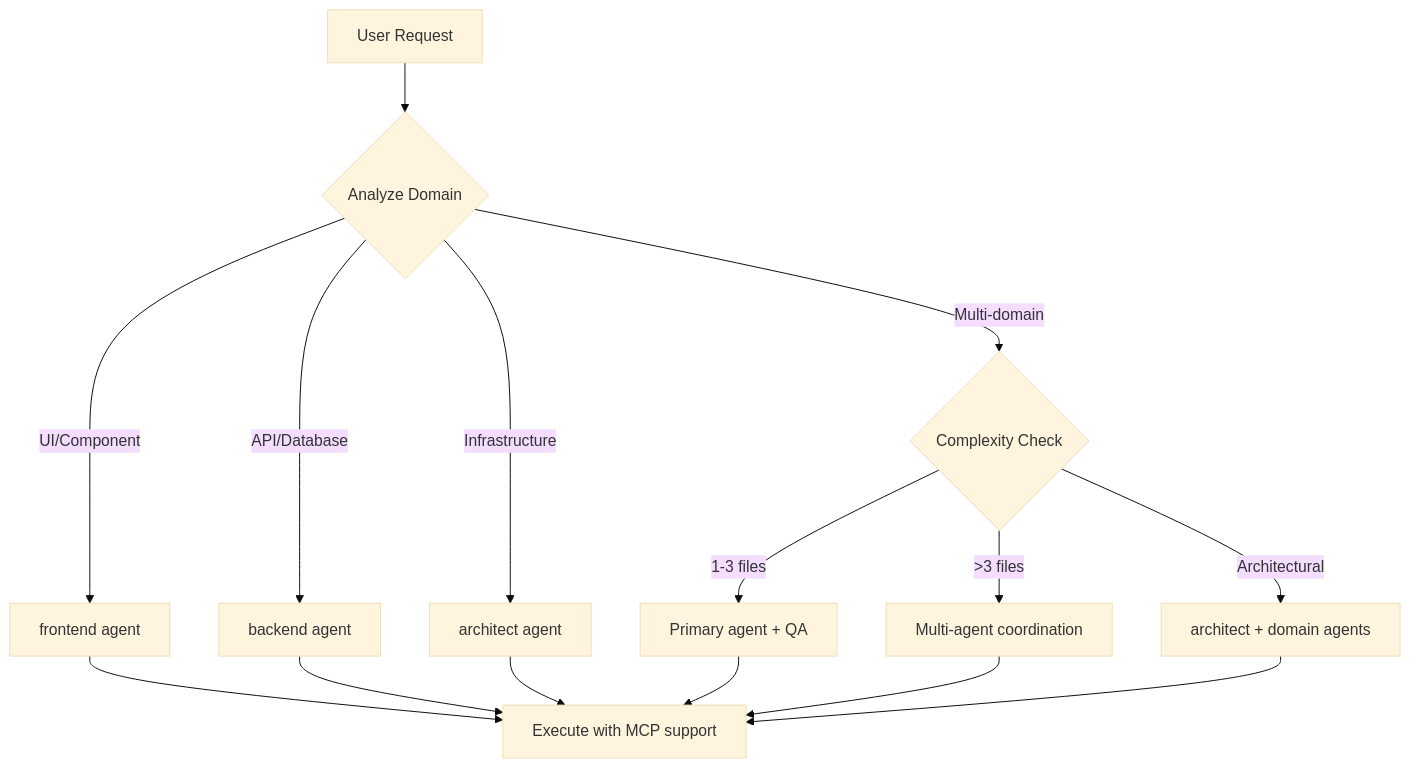
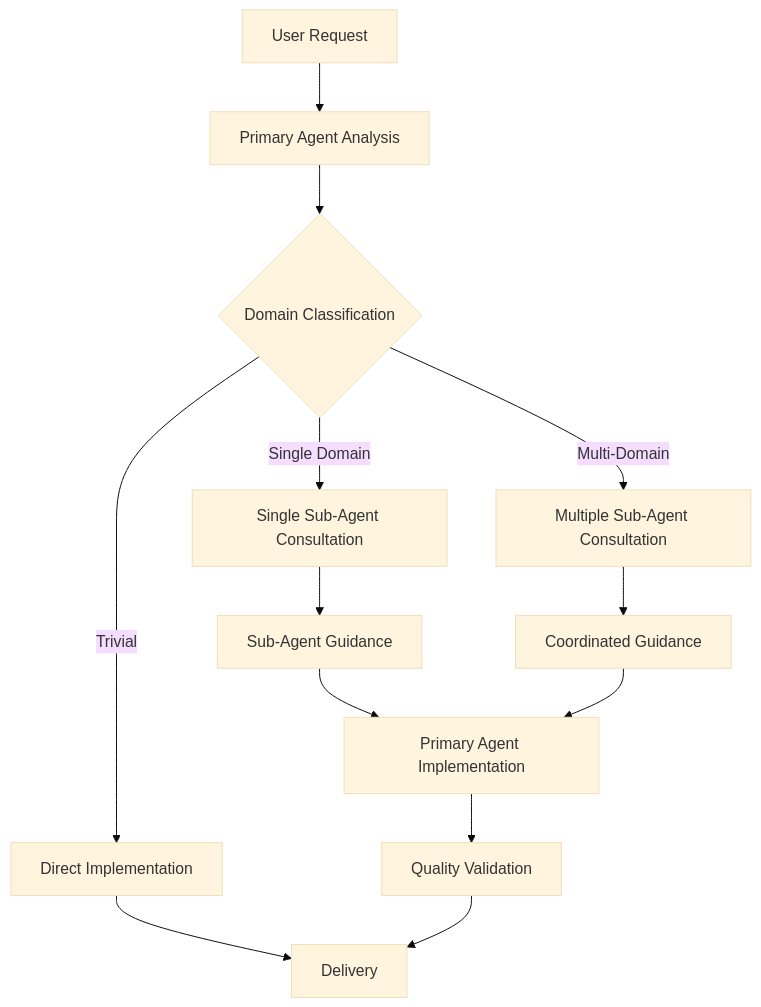
One commit to MerlinFloyd/horizon-sdlc-v2 changed the second of 4 diagrams in docker/opencode/config/AGENTS.md. Above: the diagram before and after it, drawn with Mermaid (base theme). The commit also changed other lines of this file and 32 other files, not shown here.

````diff
--- a/docker/opencode/config/AGENTS.md
+++ b/docker/opencode/config/AGENTS.md
@@ -63,19 +73,17 @@
 ```mermaid
 graph TD
-    A[User Request] --> B{Analyze Domain}
-    B -->|UI/Component| C[frontend agent]
-    B -->|API/Database| D[backend agent]
-    B -->|Infrastructure| E[architect agent]
-    B -->|Multi-domain| F{Complexity Check}
+    A[User Request] --> B[Primary Agent Analysis]
+    B --> C{Domain Classification}
+    C -->|Single Domain| D[Single Sub-Agent Consultation]
+    C -->|Multi-Domain| E[Multiple Sub-Agent Consultation]
+    C -->|Trivial| F[Direct Implementation]
 
-    F -->|1-3 files| G[Primary agent + QA]
-    F -->|>3 files| H[Multi-agent coordination]
-    F -->|Architectural| I[architect + domain agents]
+    D --> G[Sub-Agent Guidance]
+    E --> H[Coordinated Guidance]
 
-    C --> J[Execute with MCP support]
-    D --> J
-    E --> J
-    G --> J
-    H --> J
-    I --> J
+    G --> I[Primary Agent Implementation]
+    H --> I
+    F --> J[Delivery]
+    I --> K[Quality Validation]
+    K --> J
 ```
````
